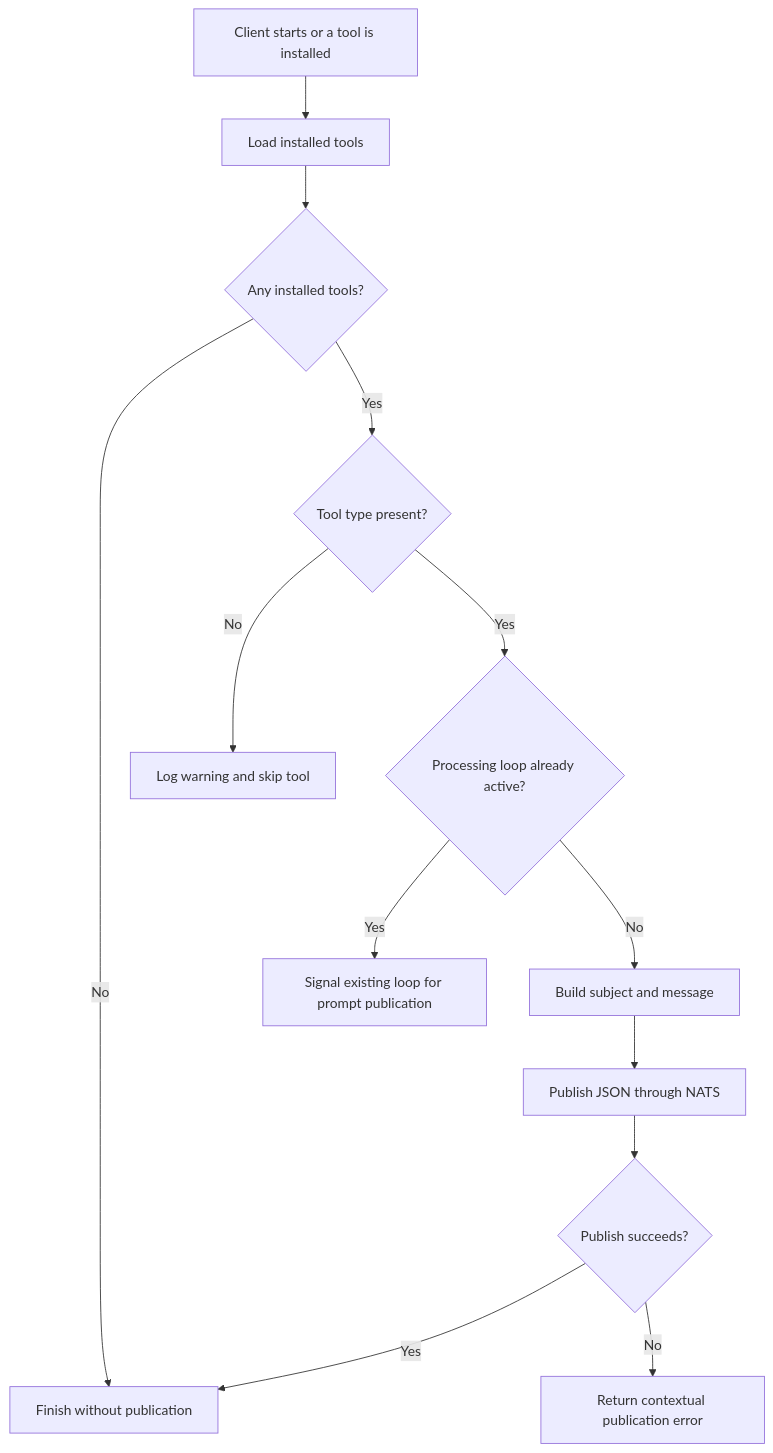
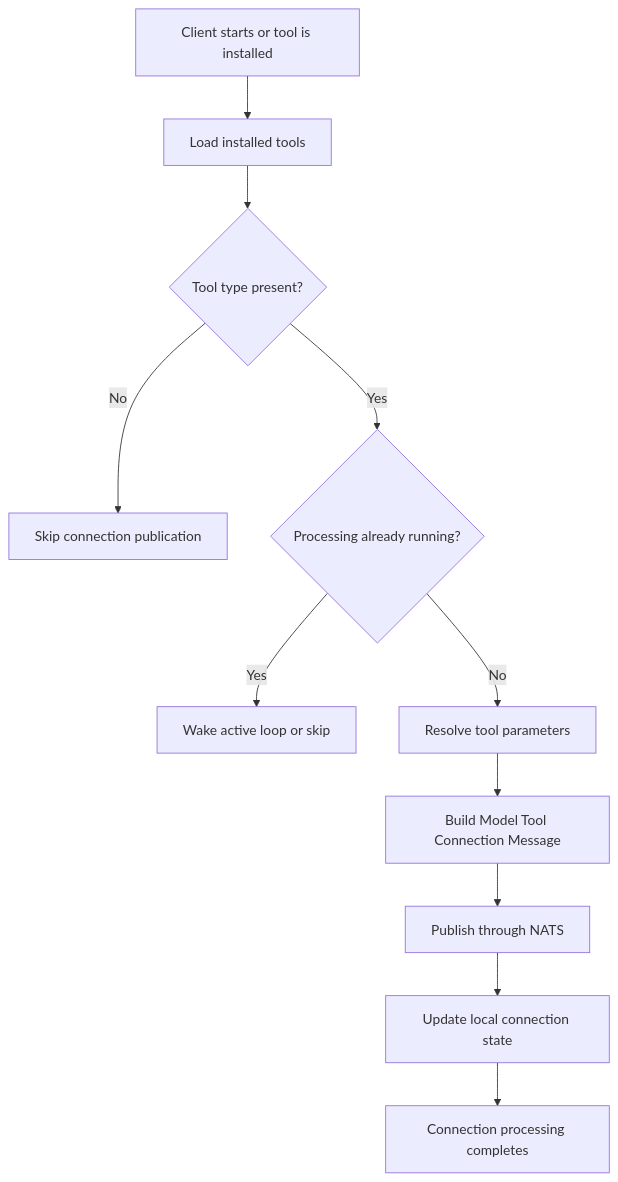
The fourth of 4 diagrams in docs/reference/architecture/openframe-client-core/model-tool-connection-message/model-tool-connection-message.md (flamingo-stack/openframe-oss-tenant), drawn with Mermaid before and after one commit. The commit also changed other lines of this file and 2377 other files, not shown here.

````diff
--- a/docs/reference/architecture/openframe-client-core/model-tool-connection-message/model-tool-connection-message.md
+++ b/docs/reference/architecture/openframe-client-core/model-tool-connection-message/model-tool-connection-message.md
@@ -57,15 +101,13 @@
 ```mermaid
 flowchart TD
-    Start["Client starts or a tool is installed"] --> Load["Load installed tools"]
-    Load --> Available{"Any installed tools?"}
-    Available -->|"No"| Complete["Finish without publication"]
-    Available -->|"Yes"| TypePresent{"Tool type present?"}
-    TypePresent -->|"No"| Skip["Log warning and skip tool"]
-    TypePresent -->|"Yes"| Active{"Processing loop already active?"}
-    Active -->|"Yes"| Wake["Signal existing loop for prompt publication"]
-    Active -->|"No"| Build["Build subject and message"]
-    Build --> Publish["Publish JSON through NATS"]
-    Publish --> Result{"Publish succeeds?"}
-    Result -->|"Yes"| Complete
-    Result -->|"No"| Error["Return contextual publication error"]
+    Start["Client starts or tool is installed"] --> Load["Load installed tools"]
+    Load --> TypeCheck{"Tool type present?"}
+    TypeCheck -->|"No"| Skip["Skip connection publication"]
+    TypeCheck -->|"Yes"| LockCheck{"Processing already running?"}
+    LockCheck -->|"Yes"| Wake["Wake active loop or skip"]
+    LockCheck -->|"No"| Resolve["Resolve tool parameters"]
+    Resolve --> Build["Build Model Tool Connection Message"]
+    Build --> Publish["Publish through NATS"]
+    Publish --> Persist["Update local connection state"]
+    Persist --> Finish["Connection processing completes"]
 ```
````
